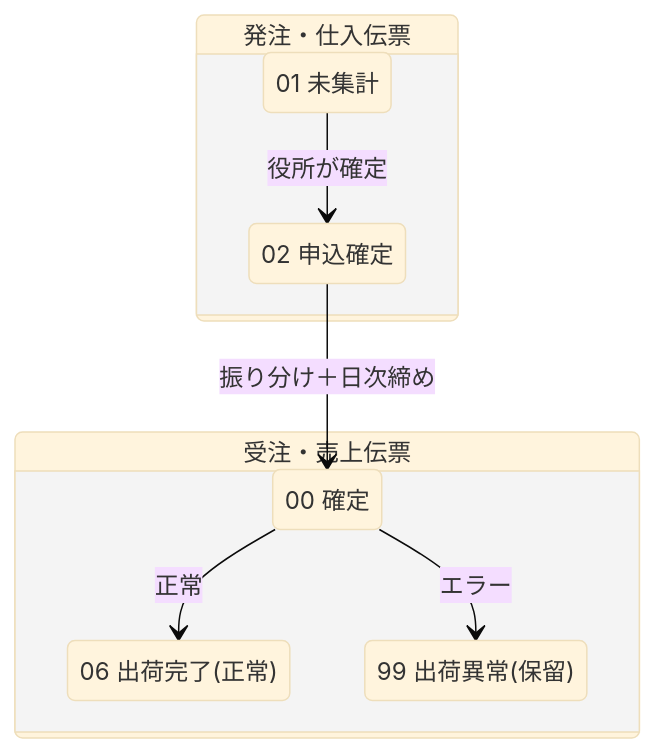
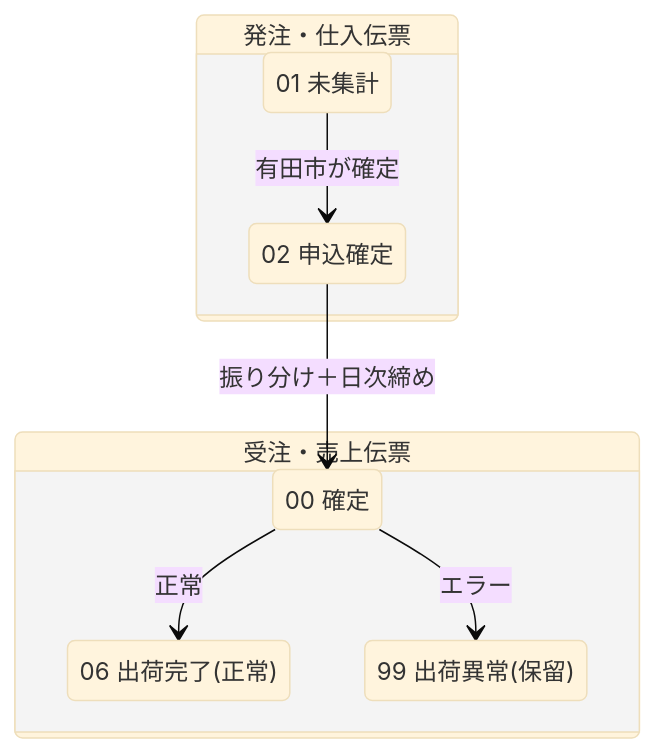
One commit to totototo0526/arida-furusato-nozei changed the first of 2 diagrams in src/manual/05_troubleshooting.md. Above: the diagram before and after it, drawn with Mermaid (base theme). The commit also changed other lines of this file and 6 other files, not shown here.

````diff
--- a/src/manual/05_troubleshooting.md
+++ b/src/manual/05_troubleshooting.md
@@ -15,18 +15,18 @@
 ```mermaid
 stateDiagram-v2
     state "発注・仕入伝票" as Purchase {
         state "01 未集計" as p01
         state "02 申込確定" as p02
-        p01 --> p02 : 役所が確定
+        p01 --> p02 : 有田市が確定
     }
     
     state "受注・売上伝票" as Sales {
         state "00 確定" as s00
         state "06 出荷完了(正常)" as s06
         state "99 出荷異常(保留)" as s99
         s00 --> s06 : 正常
         s00 --> s99 : エラー
     }
     
     p02 --> s00 : 振り分け＋日次締め
 ```
````
